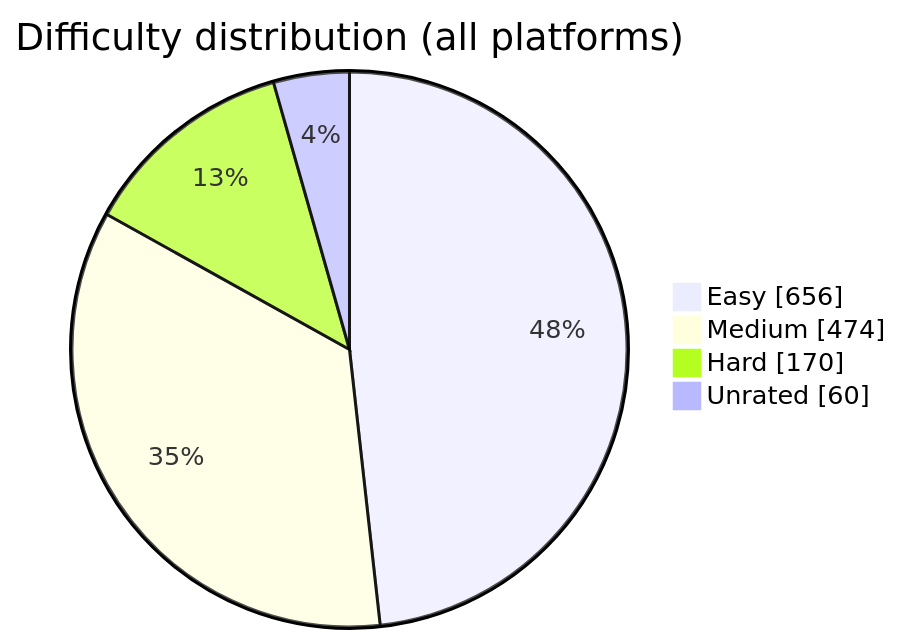
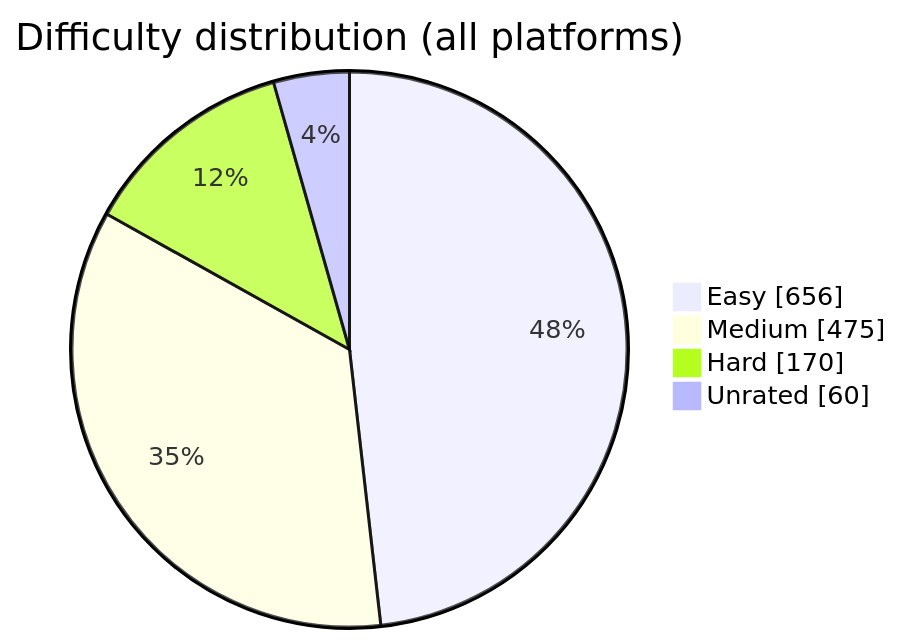
The diagram in README.md (BuildbyArindam/Daily-Coding-Log), drawn with Mermaid before and after one commit. The commit also changed other lines of this file, not shown here.

````diff
--- a/README.md
+++ b/README.md
@@ -93,7 +93,7 @@
 ```mermaid
 pie showData title Difficulty distribution (all platforms)
     "Easy" : 656
-    "Medium" : 474
+    "Medium" : 475
     "Hard" : 170
     "Unrated" : 60
 ```
````
